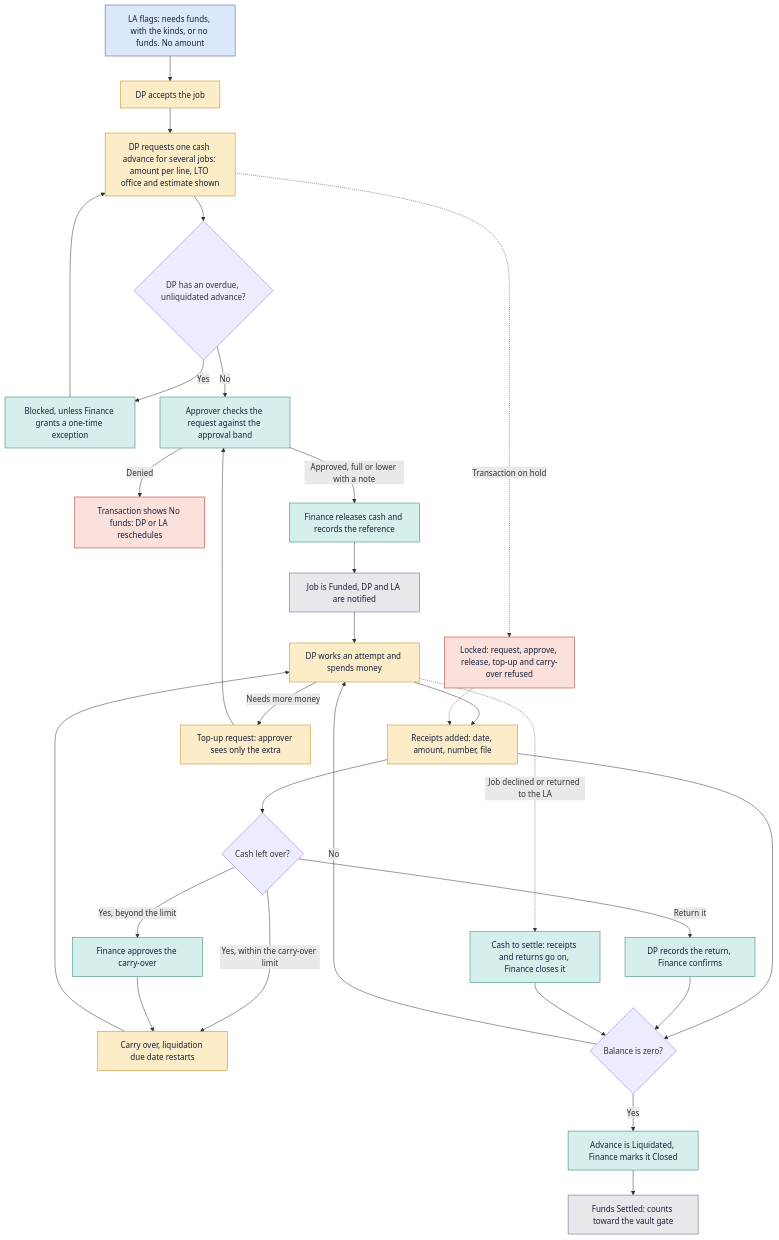
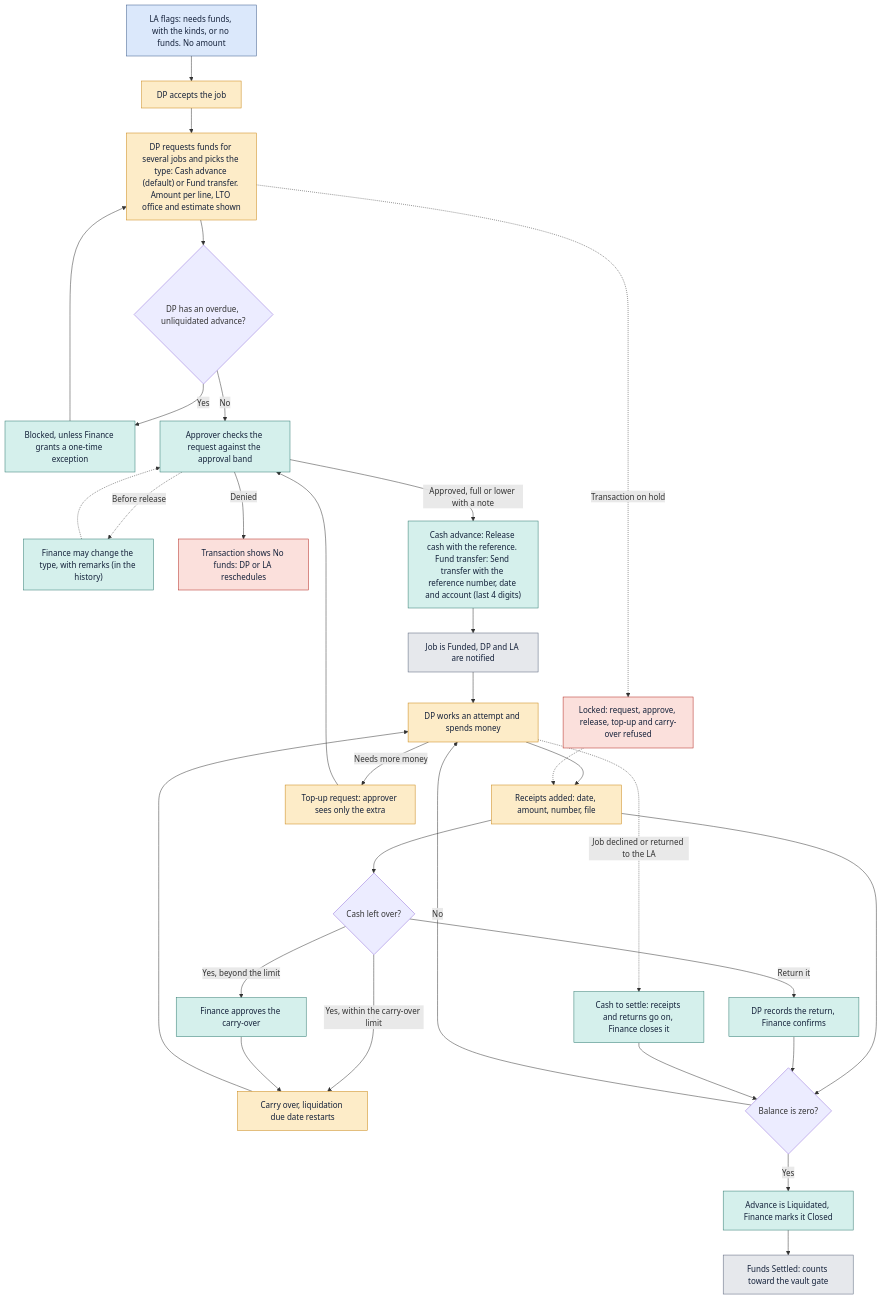
The diagram in docs/workflow/05-funds.md (MewinDev/gdfi-dms), drawn with Mermaid before and after one commit. The commit also changed other lines of this file and 177 other files, not shown here.

Commit message:
add monitoring DP, LTO and add funds types

````diff
--- a/docs/workflow/05-funds.md
+++ b/docs/workflow/05-funds.md
@@ -9,37 +9,39 @@
 ```mermaid
 flowchart TD
   A["LA flags: needs funds, with the kinds, or no funds. No amount"]:::la
   A --> B["DP accepts the job"]:::dp
-  B --> C["DP requests one cash advance for several jobs: amount per line, LTO office and estimate shown"]:::dp
+  B --> C["DP requests funds for several jobs and picks the type: Cash advance (default) or Fund transfer. Amount per line, LTO office and estimate shown"]:::dp
   C --> D{"DP has an overdue, unliquidated advance?"}
   D -->|Yes| D1["Blocked, unless Finance grants a one-time exception"]:::fin
   D1 --> C
   D -->|No| E["Approver checks the request against the approval band"]:::fin
+  E -.->|"Before release"| T["Finance may change the type, with remarks (in the history)"]:::fin
+  T -.-> E
   E -->|Denied| E1["Transaction shows No funds: DP or LA reschedules"]:::prob
-  E -->|"Approved, full or lower with a note"| F["Finance releases cash and records the reference"]:::fin
+  E -->|"Approved, full or lower with a note"| F["Cash advance: Release cash with the reference. Fund transfer: Send transfer with the reference number, date and account (last 4 digits)"]:::fin
   F --> G["Job is Funded, DP and LA are notified"]:::sys
   G --> H["DP works an attempt and spends money"]:::dp
   H --> I["Receipts added: date, amount, number, file"]:::dp
   I --> J{"Cash left over?"}
   J -->|"Yes, within the carry-over limit"| K["Carry over, liquidation due date restarts"]:::dp
   J -->|"Yes, beyond the limit"| K2["Finance approves the carry-over"]:::fin
   K2 --> K
   J -->|"Return it"| M["DP records the return, Finance confirms"]:::fin
   K --> H
   H -->|"Needs more money"| N["Top-up request: approver sees only the extra"]:::dp
   N --> E
   I --> O{"Balance is zero?"}
   O -->|No| H
   O -->|Yes| P["Advance is Liquidated, Finance marks it Closed"]:::fin
   M --> O
   P --> Q["Funds Settled: counts toward the vault gate"]:::sys
   C -.->|"Transaction on hold"| L["Locked: request, approve, release, top-up and carry-over refused"]:::prob
   L -.-> I
   H -.->|"Job declined or returned to the LA"| S["Cash to settle: receipts and returns go on, Finance closes it"]:::fin
   S --> O
   classDef la fill:#dbe8fb,stroke:#3b5a8a,color:#14213a
   classDef dp fill:#fdecc8,stroke:#c98512,color:#14213a
   classDef fin fill:#d5f0ec,stroke:#2f7a70,color:#14213a
   classDef prob fill:#fbe0dc,stroke:#b3261e,color:#14213a
   classDef sys fill:#e6e8ec,stroke:#56627a,color:#14213a
 ```
````
